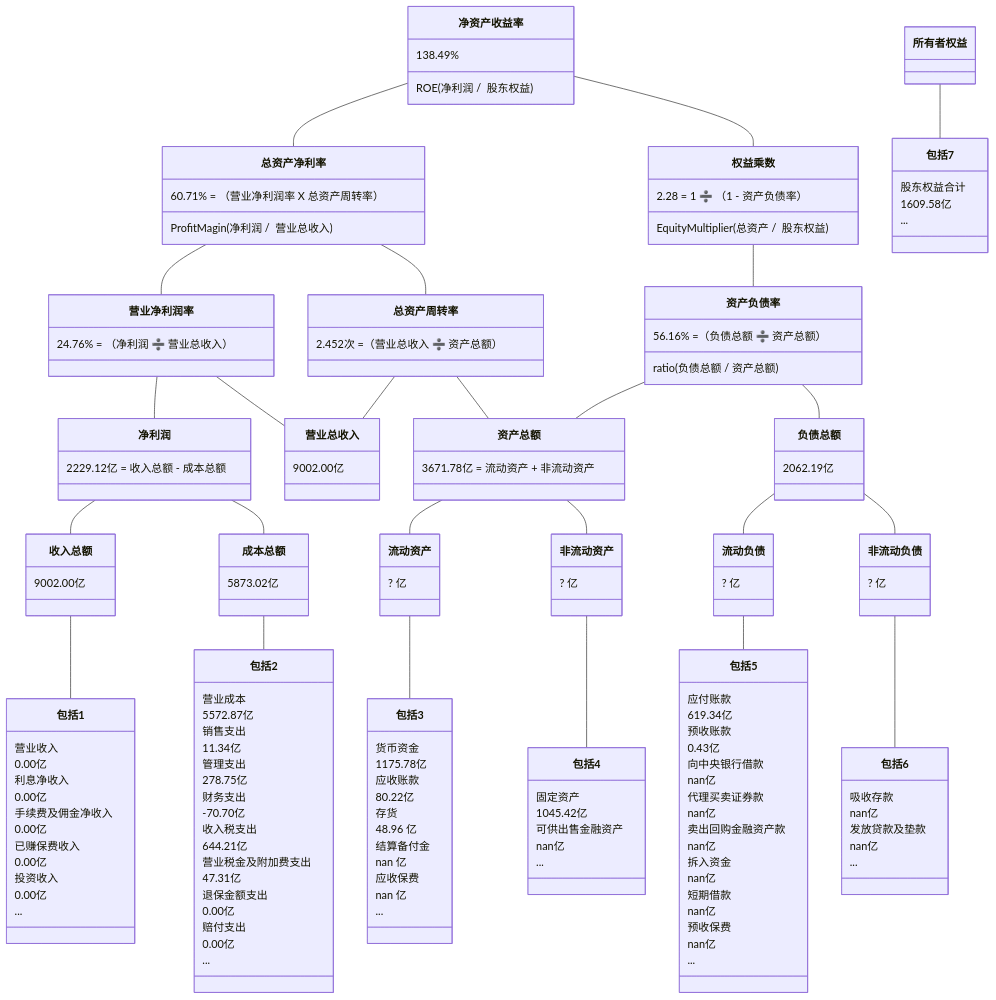
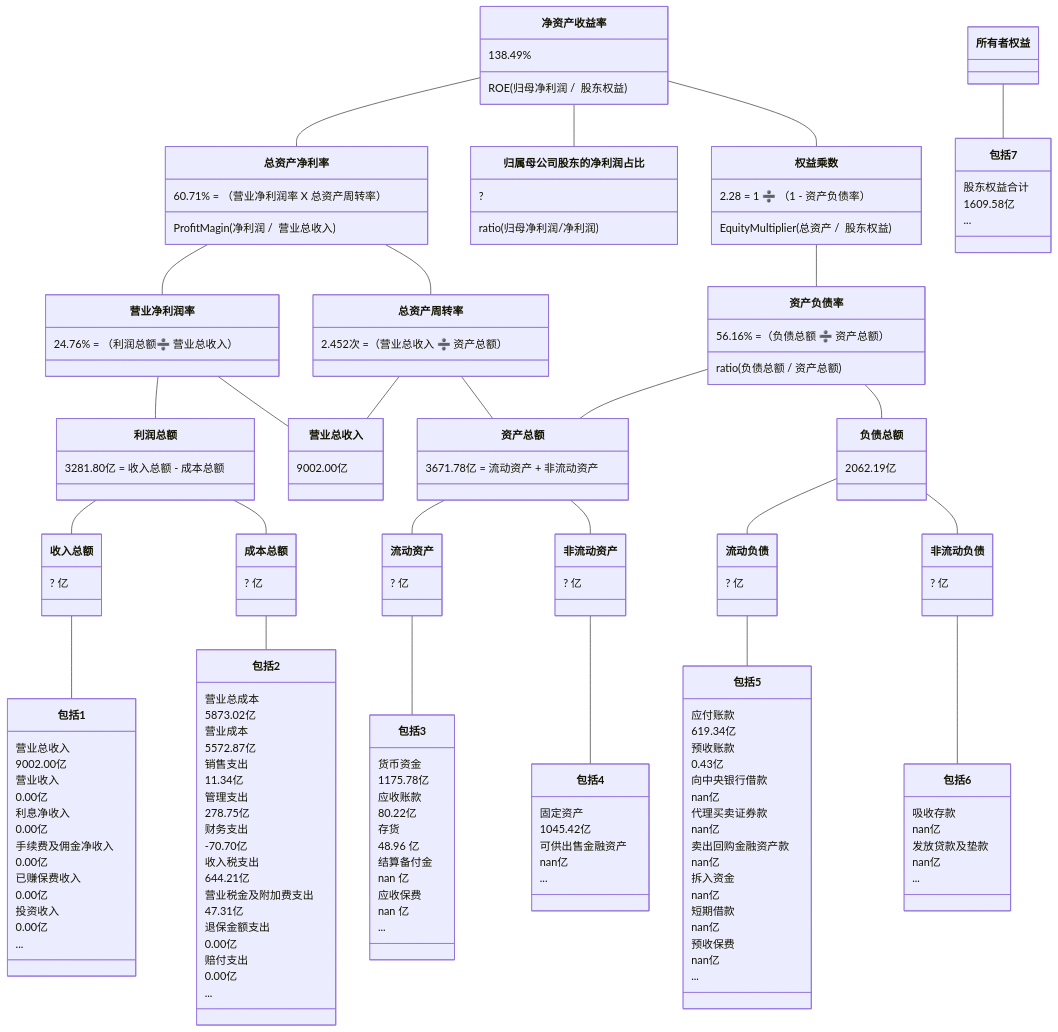
The sixth of 10 diagrams in 2/2.md (TheVeryDarkness/cs410), drawn with Mermaid before and after one commit. The commit also changed other lines of this file and 55 other files, not shown here.

```diff
--- a/2/2.md
+++ b/2/2.md
@@ -625,23 +660,26 @@
 classDiagram
 净资产收益率 -- 总资产净利率
     净资产收益率 : 138.49%
-    净资产收益率 : ROE(净利润 /  股东权益)
+    净资产收益率 : ROE(归母净利润 /  股东权益)
     总资产净利率 : 60.71% = （营业净利润率 X 总资产周转率）
     总资产净利率 : ProfitMagin(净利润 /  营业总收入)
+净资产收益率 -- 归属母公司股东的净利润占比
+	归属母公司股东的净利润占比 : ?
+	归属母公司股东的净利润占比 : ratio(归母净利润/净利润)
 净资产收益率 -- 权益乘数
     权益乘数 : 2.28 = 1 ➗ （1 - 资产负债率）
     权益乘数 : EquityMultiplier(总资产 /  股东权益)
     
 总资产净利率 -- 营业净利润率
-    营业净利润率 : 24.76% = （净利润 ➗ 营业总收入）
+    营业净利润率 : 24.76% = （利润总额➗ 营业总收入）
 总资产净利率 -- 总资产周转率
     总资产周转率 : 2.452次 =（营业总收入 ➗ 资产总额）
 权益乘数 -- 资产负债率
     资产负债率  : 56.16% =（负债总额 ➗ 资产总额）
     资产负债率  : ratio(负债总额 / 资产总额)
 
-营业净利润率 -- 净利润
-    净利润 : 2229.12亿 = 收入总额 - 成本总额
+营业净利润率 -- 利润总额
+   利润总额 : 3281.80亿 = 收入总额 - 成本总额
 营业净利润率 -- 营业总收入
     营业总收入 : 9002.00亿
 总资产周转率 -- 营业总收入
@@ -652,10 +690,10 @@
 资产负债率 -- 　资产总额
 
 
-净利润 -- 收入总额
-    收入总额 : 9002.00亿
-净利润 -- 成本总额
-    成本总额 : 5873.02亿
+利润总额 -- 收入总额
+    收入总额 : ? 亿
+利润总额 -- 成本总额
+    成本总额 : ? 亿
 资产总额 -- 流动资产
 	流动资产 : ? 亿
 资产总额 -- 非流动资产
@@ -666,6 +704,8 @@
 	非流动负债 : ? 亿
 
 收入总额 -- 包括1
+    包括1 : 营业总收入
+    包括1 : 9002.00亿
     包括1 : 营业收入
     包括1 : 0.00亿
     包括1 : 利息净收入
@@ -678,6 +718,8 @@
     包括1 : 0.00亿
     包括1 : ...
 成本总额 -- 包括2
+    包括2 : 营业总成本
+    包括2 : 5873.02亿
     包括2 : 营业成本
     包括2 : 5572.87亿
     包括2 : 销售支出
```
